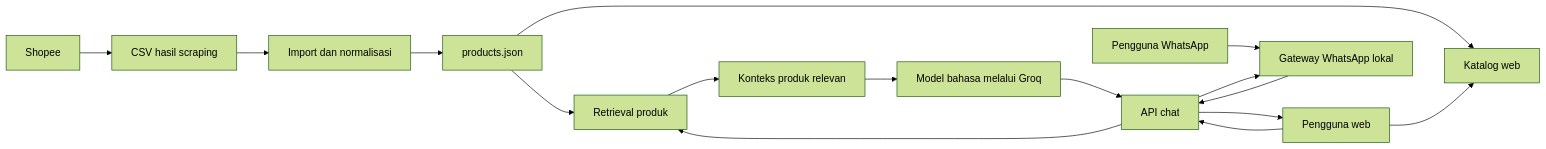
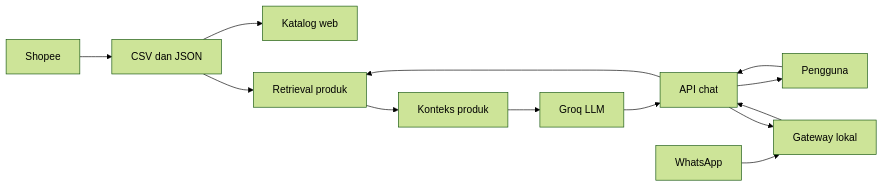
The diagram in README.md (Tyoo99/maternal-disaster-rag), drawn with Mermaid (forest theme) before and after one commit. The commit also changed other lines of this file, not shown here.

````diff
--- a/README.md
+++ b/README.md
@@ -105,18 +28,15 @@
 ```mermaid
 flowchart LR
-    S[Shopee] --> CSV[CSV hasil scraping]
-    CSV --> I[Import dan normalisasi]
-    I --> JSON[products.json]
-    JSON --> W[Katalog web]
-    JSON --> R[Retrieval produk]
-    U[Pengguna web] --> W
-    U --> C[API chat]
-    P[Pengguna WhatsApp] --> G[Gateway WhatsApp lokal]
+    S[Shopee] --> D[CSV dan JSON]
+    D --> W[Katalog web]
+    D --> R[Retrieval produk]
+    U[Pengguna] --> C[API chat]
+    P[WhatsApp] --> G[Gateway lokal]
     G --> C
     C --> R
-    R --> X[Konteks produk relevan]
-    X --> L[Model bahasa melalui Groq]
+    R --> X[Konteks produk]
+    X --> L[Groq LLM]
     L --> C
     C --> U
     C --> G
 ```
````
